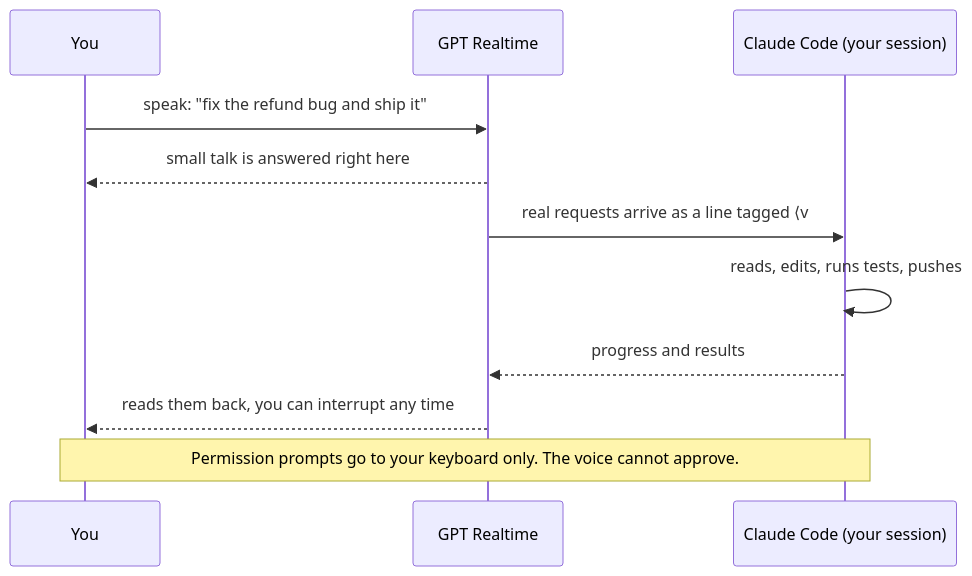
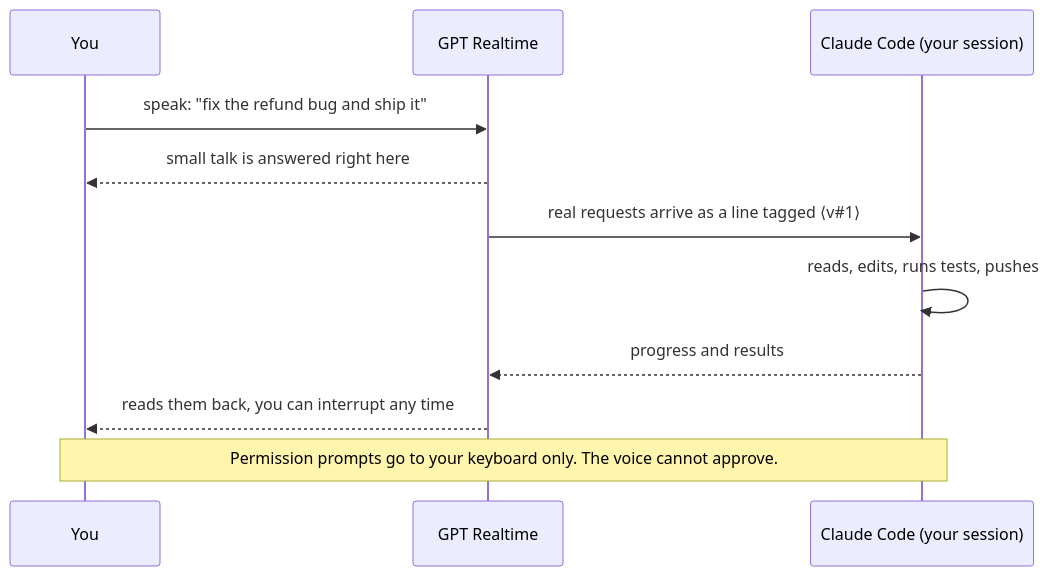
One commit to insta-fusion/bettercallgpt changed the diagram in README.md. Above: the diagram before and after it, drawn with Mermaid. The commit also changed 1 other file, not shown here.

Commit message:
README: keep the ⟨v#1⟩ tag intact in the call diagram

````diff
--- a/README.md
+++ b/README.md
@@ -39,13 +39,13 @@
 ```mermaid
 sequenceDiagram
     participant You
     participant GPT as GPT Realtime
     participant CC as Claude Code (your session)
     You->>GPT: speak: "fix the refund bug and ship it"
     GPT-->>You: small talk is answered right here
-    GPT->>CC: real requests arrive as a line tagged ⟨v#1⟩
+    GPT->>CC: real requests arrive as a line tagged ⟨v#35;1⟩
     CC->>CC: reads, edits, runs tests, pushes
     CC-->>GPT: progress and results
     GPT-->>You: reads them back, you can interrupt any time
     Note over You,CC: Permission prompts go to your keyboard only. The voice cannot approve.
 ```
````
